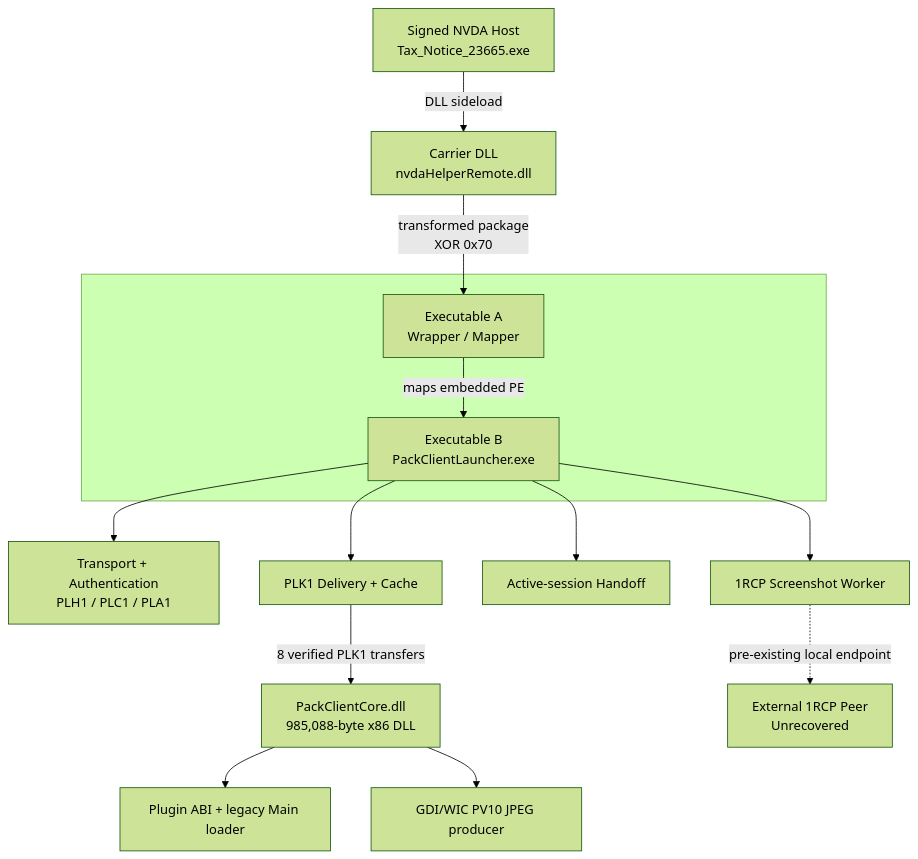
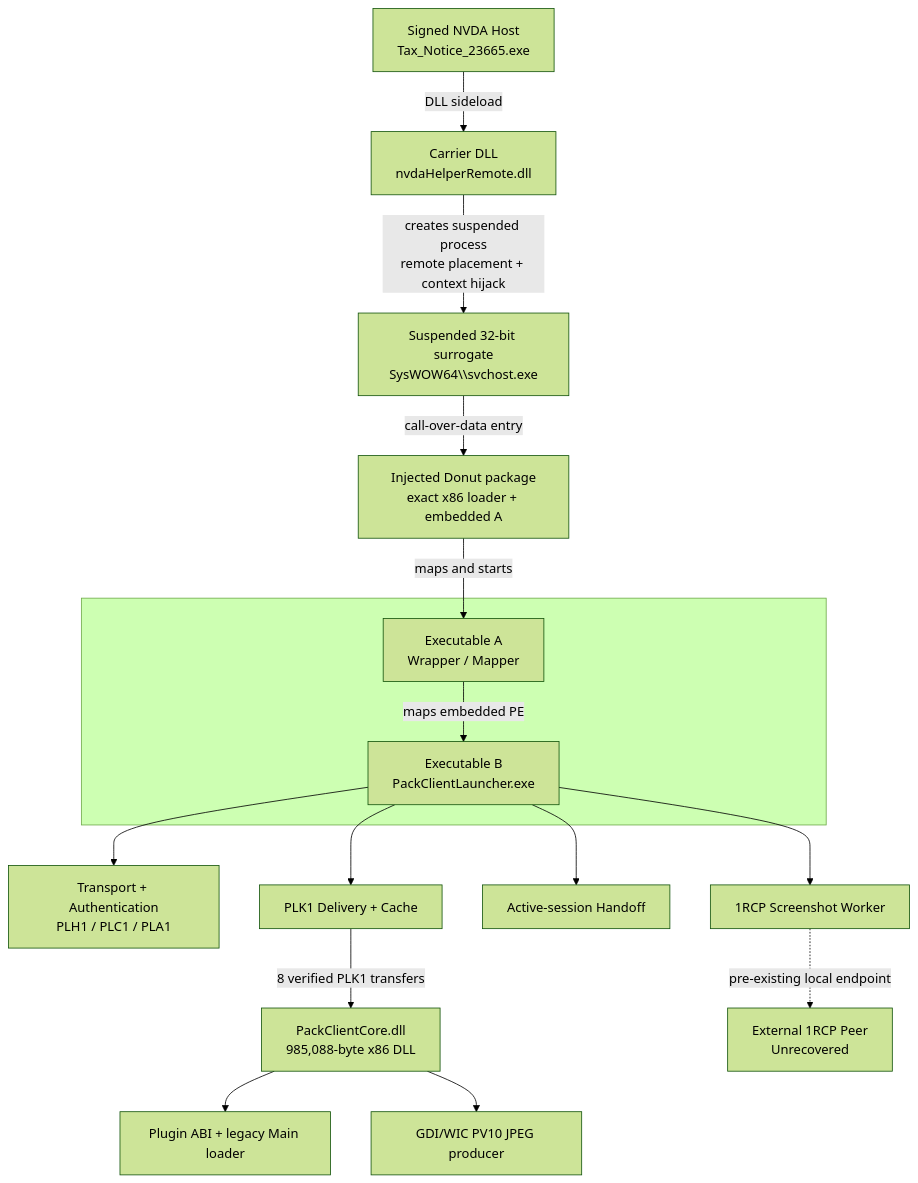
The diagram in README.md (ivanimmanuel-dev/PackClient), drawn with Mermaid (forest theme) before and after one commit. The commit also changed other lines of this file and 19 other files, not shown here.

````diff
--- a/README.md
+++ b/README.md
@@ -28,24 +28,28 @@
 ```mermaid
 flowchart TD
     H["Signed NVDA Host<br/>Tax_Notice_23665.exe"]
     C["Carrier DLL<br/>nvdaHelperRemote.dll"]
+    V["Suspended 32-bit surrogate<br/>SysWOW64\\svchost.exe"]
+    D["Injected Donut package<br/>exact x86 loader + embedded A"]
 
     subgraph P[" "]
         A["Executable A<br/>Wrapper / Mapper"]
         B["Executable B<br/>PackClientLauncher.exe"]
         A -->|"maps embedded PE"| B
     end
 
     H -->|"DLL sideload"| C
-    C -->|"transformed package<br/>XOR 0x70"| A
+    C -->|"creates suspended process<br/>remote placement + context hijack"| V
+    V -->|"call-over-data entry"| D
+    D -->|"maps and starts"| A
 
     B --> T["Transport + Authentication<br/>PLH1 / PLC1 / PLA1"]
     B --> K["PLK1 Delivery + Cache"]
     B --> S["Active-session Handoff"]
     B --> R["1RCP Screenshot Worker"]
 
     K -->|"8 verified PLK1 transfers"| CORE["PackClientCore.dll<br/>985,088-byte x86 DLL"]
     CORE --> PABI["Plugin ABI + legacy Main loader"]
     CORE --> PV10["GDI/WIC PV10 JPEG producer"]
     R -. "pre-existing local endpoint" .-> PEER["External 1RCP Peer<br/>Unrecovered"]
 ```
````
